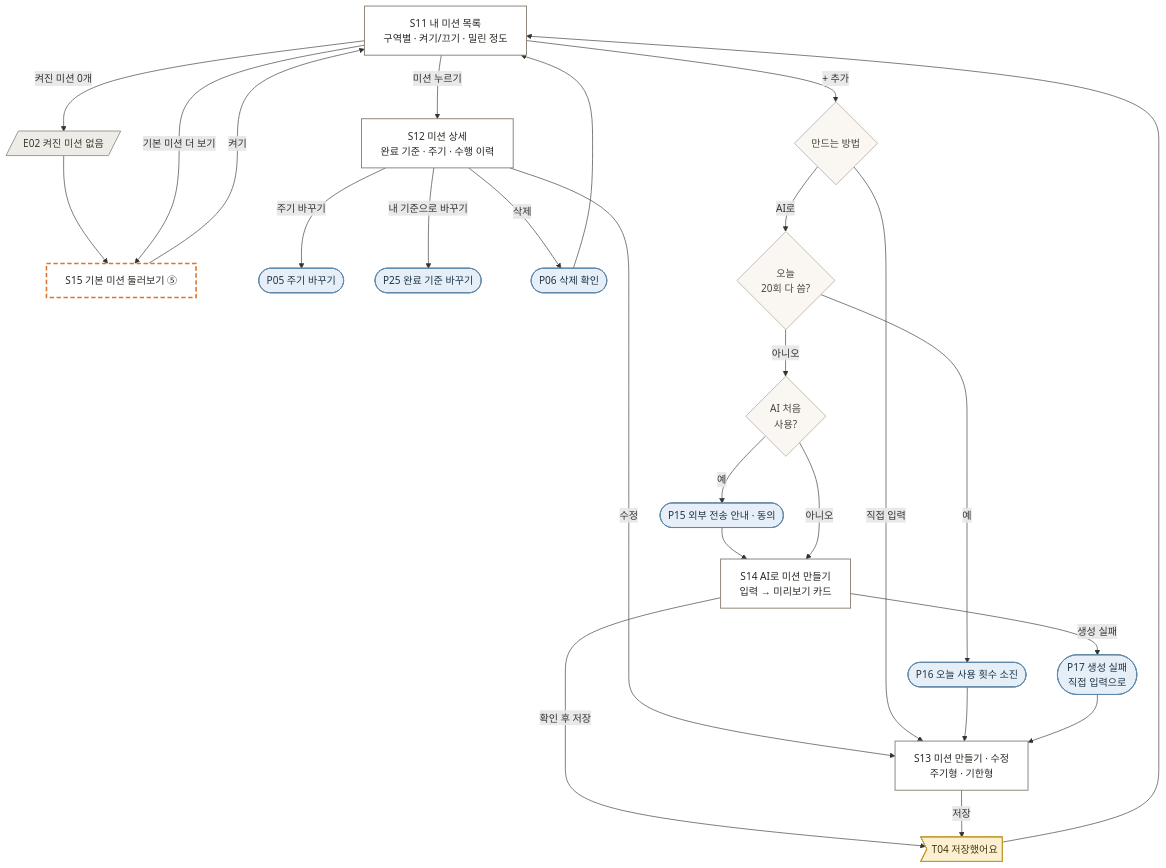
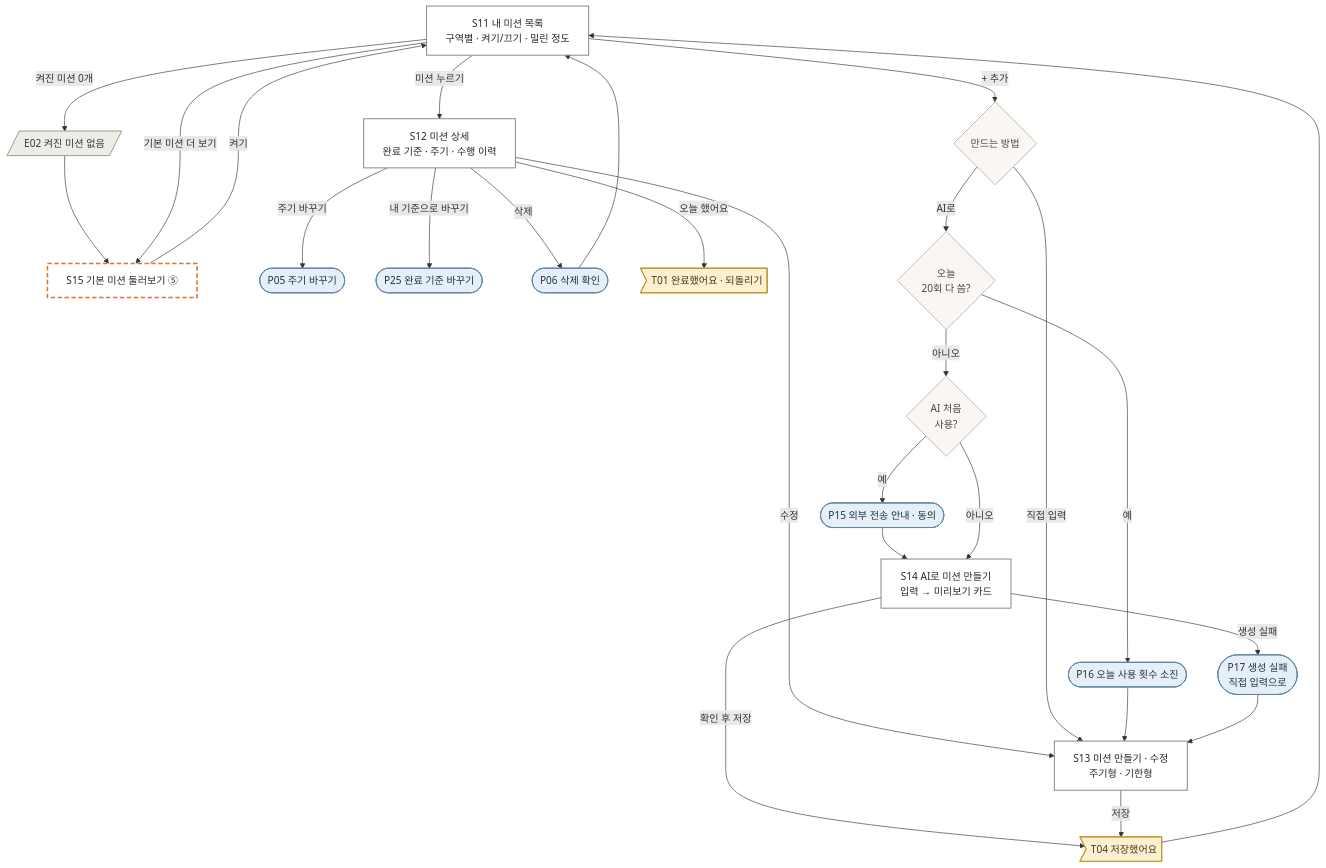
The fourth of 7 diagrams in docs/screen-flow.md (rebi13/taketoday), drawn with Mermaid before and after one commit. The commit also changed other lines of this file and 17 other files, not shown here.

````diff
--- a/docs/screen-flow.md
+++ b/docs/screen-flow.md
@@ -154,38 +156,39 @@
 ```mermaid
 flowchart TD
   S11["S11 내 미션 목록<br>구역별 · 켜기/끄기 · 밀린 정도"]:::screen
   S11 -- "켜진 미션 0개" --> E02[/"E02 켜진 미션 없음"/]:::empty
   E02 --> S15
   S11 -- "기본 미션 더 보기" --> S15["S15 기본 미션 둘러보기 ⑤"]:::dS
   S15 -- "켜기" --> S11
   S11 -- "미션 누르기" --> S12["S12 미션 상세<br>완료 기준 · 주기 · 수행 이력"]:::screen
   S12 -- "주기 바꾸기" --> P05(["P05 주기 바꾸기"]):::pop
   S12 -- "내 기준으로 바꾸기" --> P25(["P25 완료 기준 바꾸기"]):::pop
   S12 -- "수정" --> S13
   S12 -- "삭제" --> P06(["P06 삭제 확인"]):::pop
+  S12 -- "오늘 했어요" --> T01s>"T01 완료했어요 · 되돌리기"]:::toast
   P06 --> S11
   S11 -- "+ 추가" --> how{"만드는 방법"}:::q
   how -- "직접 입력" --> S13["S13 미션 만들기 · 수정<br>주기형 · 기한형"]:::screen
   how -- "AI로" --> quota{"오늘<br>20회 다 씀?"}:::q
   quota -- "예" --> P16(["P16 오늘 사용 횟수 소진"]):::pop
   P16 --> S13
   quota -- "아니오" --> aifirst{"AI 처음<br>사용?"}:::q
   aifirst -- "예" --> P15(["P15 외부 전송 안내 · 동의"]):::pop
   P15 --> S14
   aifirst -- "아니오" --> S14["S14 AI로 미션 만들기<br>입력 → 미리보기 카드"]:::screen
   S14 -- "생성 실패" --> P17(["P17 생성 실패<br>직접 입력으로"]):::pop
   P17 --> S13
   S14 -- "확인 후 저장" --> T04>"T04 저장했어요"]:::toast
   S13 -- "저장" --> T04
   T04 --> S11
 
 classDef screen fill:#ffffff,stroke:#8b8174,stroke-width:1.5px,color:#2b2823
 classDef pop fill:#e6eff7,stroke:#5f87a8,stroke-width:1.5px,color:#1f3446
 classDef toast fill:#fbf0d2,stroke:#c29a2e,stroke-width:1.5px,color:#4a3a0c
 classDef push fill:#f7e1d4,stroke:#c07a50,stroke-width:1.5px,color:#4c2a17
 classDef empty fill:#eeece7,stroke:#9b968c,stroke-width:1.5px,color:#3d3a34
 classDef q fill:#faf7f2,stroke:#b3aa9c,stroke-width:1.2px,color:#4a463f
 classDef sys fill:#e9e6f2,stroke:#7c74a6,stroke-width:1.5px,color:#2c2747
 classDef dS fill:#ffffff,stroke:#e0742a,stroke-width:2.5px,stroke-dasharray:7 4,color:#2b2823
 classDef dP fill:#e6eff7,stroke:#e0742a,stroke-width:2.5px,stroke-dasharray:7 4,color:#1f3446
 ```
````
